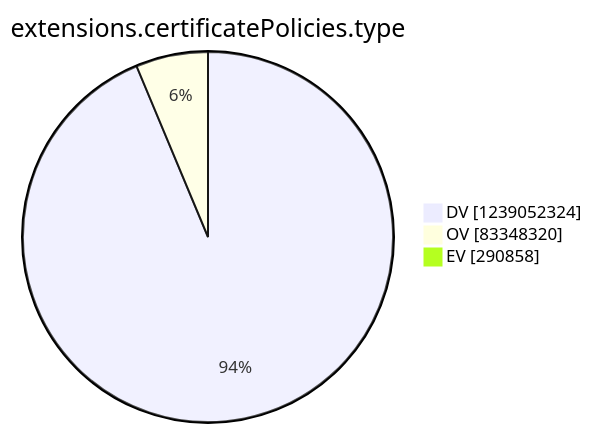
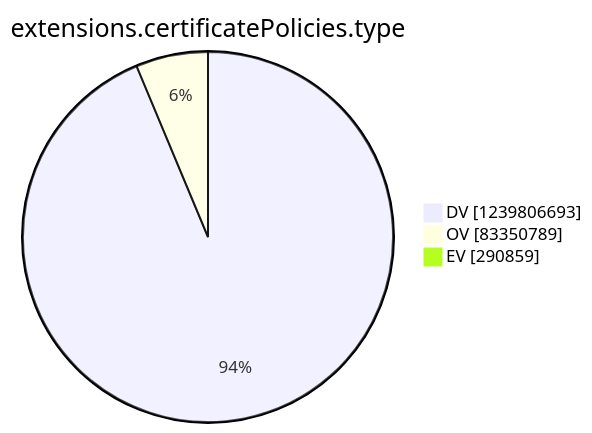
The tenth of 15 diagrams in argon2022/README.md (christiankrug/ctmonitor_visualization), drawn with Mermaid before and after one commit. The commit also changed other lines of this file, not shown here.

````diff
--- a/argon2022/README.md
+++ b/argon2022/README.md
@@ -2771,7 +2771,7 @@
 ```mermaid
 pie showData
 title extensions.certificatePolicies.type
-"DV" :1239052324
-"OV" :83348320
-"EV" :290858
+"DV" :1239806693
+"OV" :83350789
+"EV" :290859
 ```
````
